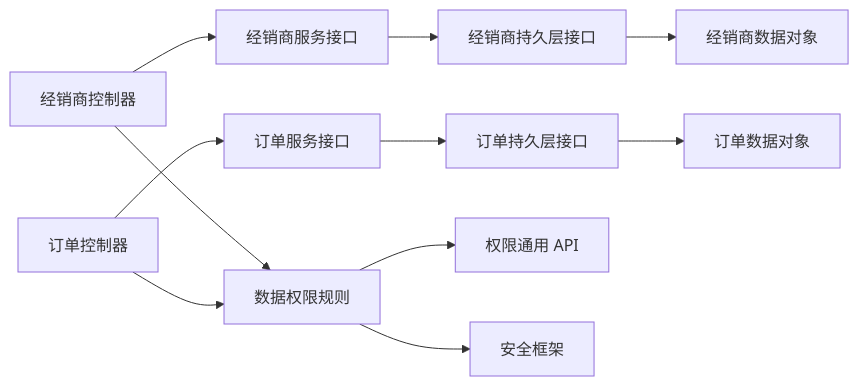
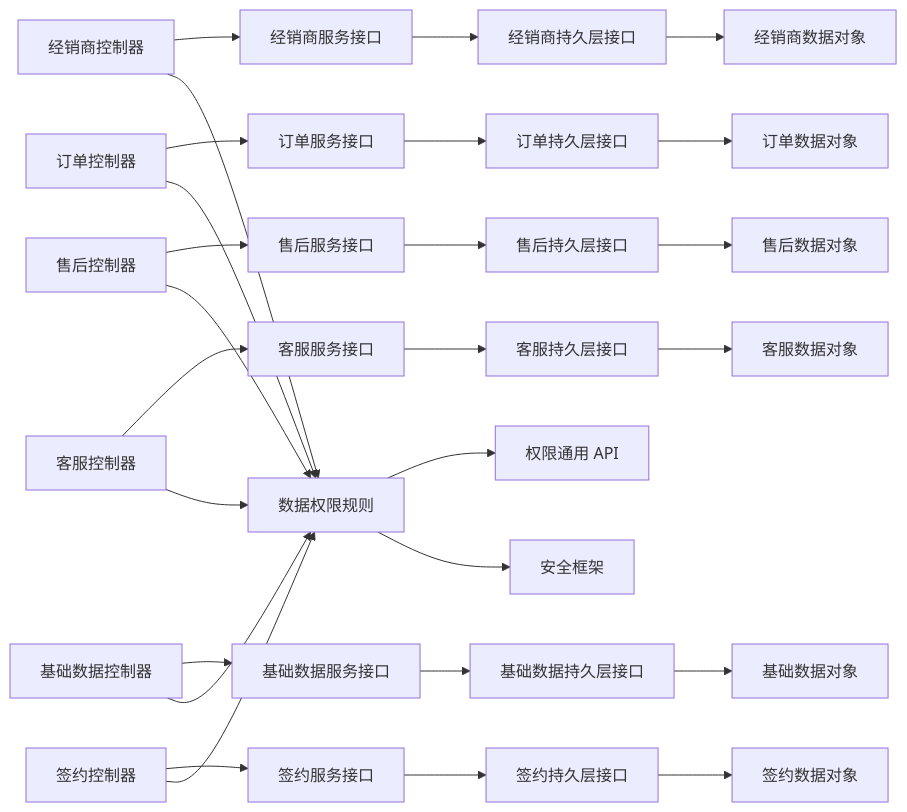
One commit to xiaoche80s-tech/rouyi-vue-pro changed diagram 13 of 13 in .qoder/repowiki/zh/content/核心模块/运营中心模块/运营中心模块.md. Above: the diagram before and after it, drawn with Mermaid. The commit also changed other lines of this file and 627 other files, not shown here.

````diff
--- a/.qoder/repowiki/zh/content/核心模块/运营中心模块/运营中心模块.md
+++ b/.qoder/repowiki/zh/content/核心模块/运营中心模块/运营中心模块.md
@@ -491,13 +787,29 @@
 ```mermaid
 graph LR
 CTRL1["经销商控制器"] --> SVC1["经销商服务接口"]
 CTRL2["订单控制器"] --> SVC2["订单服务接口"]
+CTRL3["售后控制器"] --> SVC3["售后服务接口"]
+CTRL4["客服控制器"] --> SVC4["客服服务接口"]
+CTRL5["基础数据控制器"] --> SVC5["基础数据服务接口"]
+CTRL6["签约控制器"] --> SVC6["签约服务接口"]
 SVC1 --> MAPPER1["经销商持久层接口"]
 SVC2 --> MAPPER2["订单持久层接口"]
+SVC3 --> MAPPER3["售后持久层接口"]
+SVC4 --> MAPPER4["客服持久层接口"]
+SVC5 --> MAPPER5["基础数据持久层接口"]
+SVC6 --> MAPPER6["签约持久层接口"]
 MAPPER1 --> DO1["经销商数据对象"]
 MAPPER2 --> DO2["订单数据对象"]
+MAPPER3 --> DO3["售后数据对象"]
+MAPPER4 --> DO4["客服数据对象"]
+MAPPER5 --> DO5["基础数据对象"]
+MAPPER6 --> DO6["签约数据对象"]
 CTRL1 --> DP["数据权限规则"]
 CTRL2 --> DP
+CTRL3 --> DP
+CTRL4 --> DP
+CTRL5 --> DP
+CTRL6 --> DP
 DP --> API["权限通用 API"]
 DP --> SEC["安全框架"]
 ```
````
